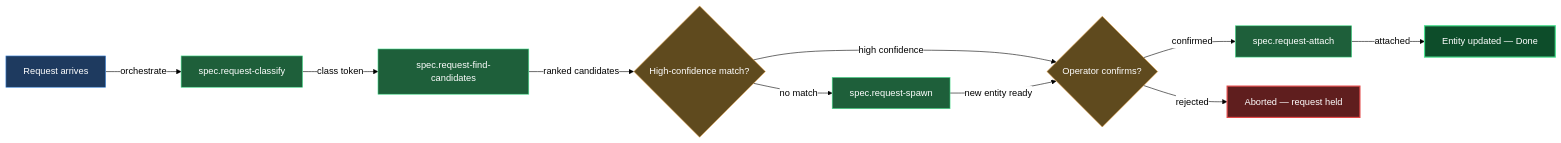
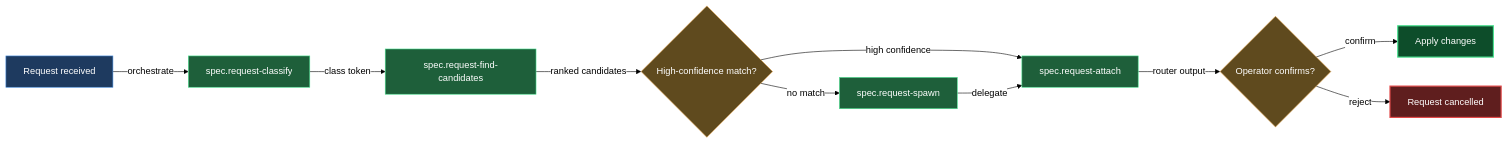
The diagram in claude/lazycortex-specs/help/requests.md (mebius-san/lazy-cortex), drawn with Mermaid before and after one commit. The commit also changed other lines of this file and 18 other files, not shown here.

````diff
--- a/claude/lazycortex-specs/help/requests.md
+++ b/claude/lazycortex-specs/help/requests.md
@@ -67,39 +67,39 @@
 ```mermaid
 %%{init: {'themeVariables':{'background':'transparent','lineColor':'#000','textColor':'#000','edgeLabelBackground':'#fff'},'themeCSS':'.edgeLabel{background-color:transparent!important}.edgeLabel p{background-color:transparent!important}','flowchart':{'diagramPadding':5,'useMaxWidth':true}}}%%
 flowchart LR
-  requestArrives[Request arrives]
+  requestReceived[Request received]
   classifyRequest[spec.request-classify]
   findCandidates[spec.request-find-candidates]
   scoreCheck{High-confidence match?}
+  attachEntity[spec.request-attach]
+  spawnEntity[spec.request-spawn]
   operatorConfirm{Operator confirms?}
-  spawnEntity[spec.request-spawn]
-  attachEntity[spec.request-attach]
-  aborted[Aborted — request held]
-  done[Entity updated — Done]
+  applyChanges[Apply changes]
+  requestCancelled[Request cancelled]
 
-  requestArrives -->|orchestrate| classifyRequest
+  requestReceived -->|orchestrate| classifyRequest
   classifyRequest -->|class token| findCandidates
   findCandidates -->|ranked candidates| scoreCheck
+  scoreCheck -->|high confidence| attachEntity
   scoreCheck -->|no match| spawnEntity
-  scoreCheck -->|high confidence| operatorConfirm
-  spawnEntity -->|new entity ready| operatorConfirm
-  operatorConfirm -->|confirmed| attachEntity
-  operatorConfirm -->|rejected| aborted
-  attachEntity -->|attached| done
+  spawnEntity -->|delegate| attachEntity
+  attachEntity -->|router output| operatorConfirm
+  operatorConfirm -->|confirm| applyChanges
+  operatorConfirm -->|reject| requestCancelled
 
   classDef entry fill:#1e3a5f,stroke:#4a90e2,color:#fff
+  classDef guard fill:#5f4a1e,stroke:#e2a14a,color:#fff
   classDef action fill:#1e5f3a,stroke:#4ae290,color:#fff
-  classDef guard fill:#5f4a1e,stroke:#e2a14a,color:#fff
   classDef success fill:#0d4d2a,stroke:#4ae290,color:#fff,stroke-width:2px
   classDef error fill:#5f1e1e,stroke:#e24a4a,color:#fff,stroke-width:2px
 
-  class requestArrives entry
+  class requestReceived entry
   class classifyRequest action
   class findCandidates action
   class scoreCheck guard
+  class attachEntity action
+  class spawnEntity action
   class operatorConfirm guard
-  class spawnEntity action
-  class attachEntity action
-  class done success
-  class aborted error
+  class applyChanges success
+  class requestCancelled error
 ```
````
